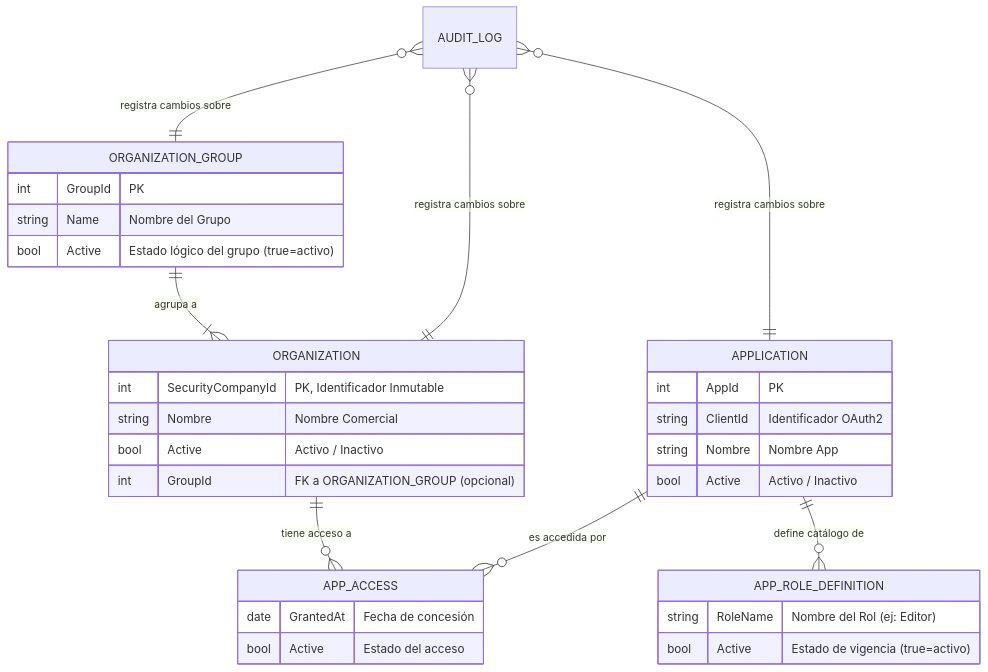
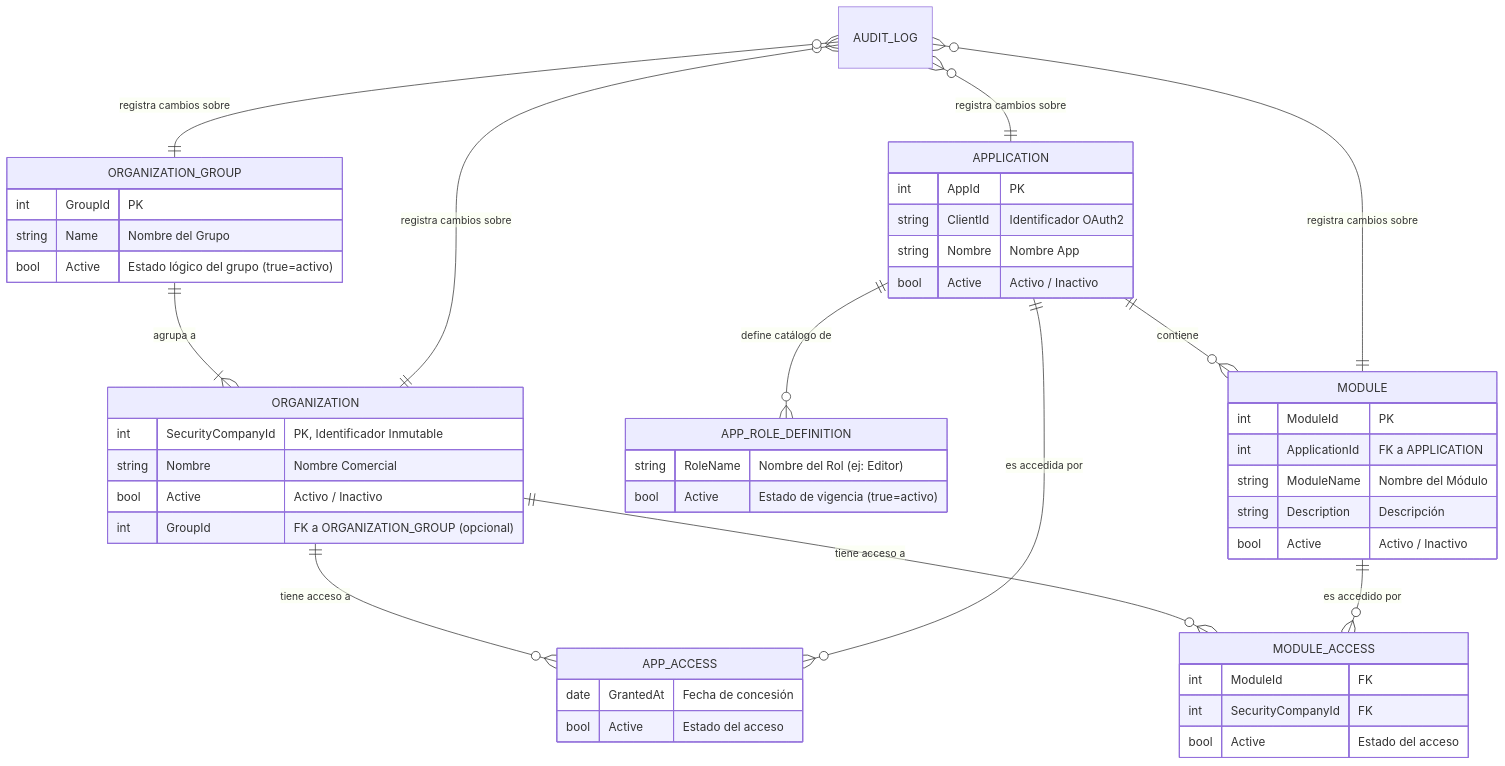
One commit to malbert-infoport/AI4Devs changed the sixth of 7 diagrams in 01-Descripción general del Producto.md. Above: the diagram before and after it, drawn with Mermaid. The commit also changed other lines of this file and 1 other file, not shown here.

````diff
--- a/01-Descripción general del Producto.md
+++ b/01-Descripción general del Producto.md
@@ -453,41 +518,59 @@
 ```mermaid
 erDiagram
     ORGANIZATION_GROUP ||--|{ ORGANIZATION : "agrupa a"
     ORGANIZATION ||--o{ APP_ACCESS : "tiene acceso a"
+    ORGANIZATION ||--o{ MODULE_ACCESS : "tiene acceso a"
     
     ORGANIZATION_GROUP {
         int GroupId "PK"
         string Name "Nombre del Grupo"
         bool Active "Estado lógico del grupo (true=activo)"
     }
 
     ORGANIZATION {
         int SecurityCompanyId "PK, Identificador Inmutable"
         string Nombre "Nombre Comercial"
         bool Active "Activo / Inactivo"
         int GroupId "FK a ORGANIZATION_GROUP (opcional)"
     }
     
     APPLICATION ||--o{ APP_ACCESS : "es accedida por"
     APPLICATION ||--o{ APP_ROLE_DEFINITION : "define catálogo de"
+    APPLICATION ||--o{ MODULE : "contiene"
     APPLICATION {
         int AppId "PK"
         string ClientId "Identificador OAuth2"
         string Nombre "Nombre App"
         bool Active "Activo / Inactivo"
+    }
+    
+    MODULE ||--o{ MODULE_ACCESS : "es accedido por"
+    MODULE {
+        int ModuleId "PK"
+        int ApplicationId "FK a APPLICATION"
+        string ModuleName "Nombre del Módulo"
+        string Description "Descripción"
+        bool Active "Activo / Inactivo"
+    }
+    
+    MODULE_ACCESS {
+        int ModuleId "FK"
+        int SecurityCompanyId "FK"
+        bool Active "Estado del acceso"
     }
     
     APP_ROLE_DEFINITION {
         string RoleName "Nombre del Rol (ej: Editor)"
         bool Active "Estado de vigencia (true=activo)"
     }
     
     APP_ACCESS {
         date GrantedAt "Fecha de concesión"
         bool Active "Estado del acceso"
     }
     
     AUDIT_LOG }o--|| ORGANIZATION : "registra cambios sobre"
     AUDIT_LOG }o--|| APPLICATION : "registra cambios sobre"
     AUDIT_LOG }o--|| ORGANIZATION_GROUP : "registra cambios sobre"
+    AUDIT_LOG }o--|| MODULE : "registra cambios sobre"
 ```
````
